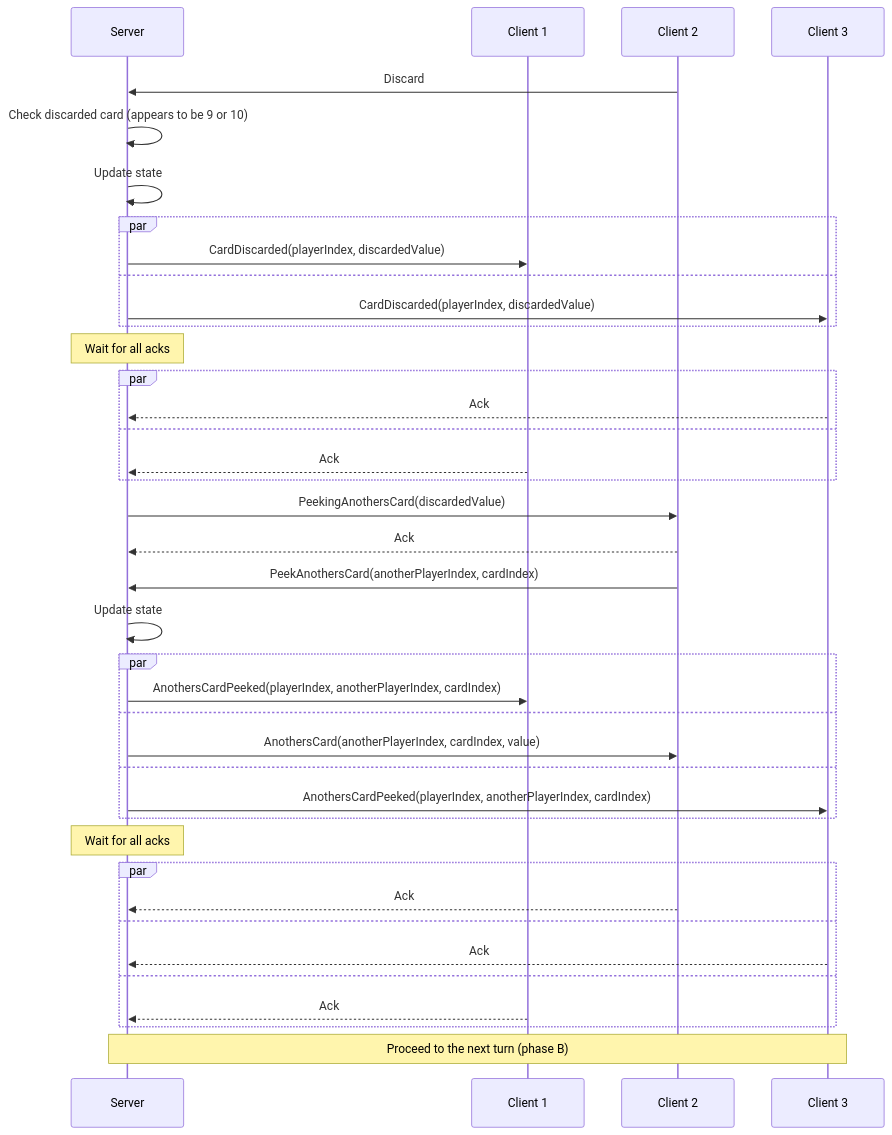
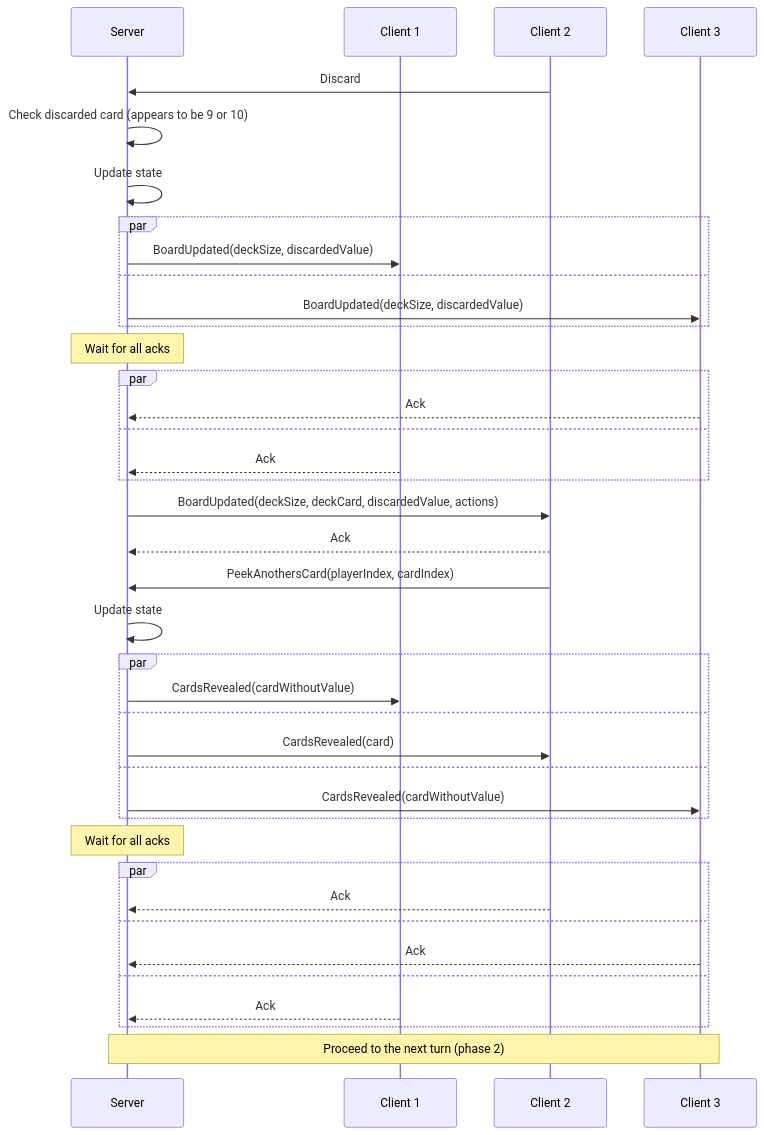
Before and after one commit to roman-zubarevich/another: diagram 12 of 15 in README.md, drawn with Mermaid. The commit also changed other lines of this file, not shown here.

````diff
--- a/README.md
+++ b/README.md
@@ -353,41 +362,41 @@
 ```mermaid
 sequenceDiagram
     participant S as Server
     participant C1 as Client 1
     participant C2 as Client 2
     participant C3 as Client 3
     C2->>S: Discard
     S->>S: Check discarded card (appears to be 9 or 10)
     S->>S: Update state
     par
-        S->>C1: CardDiscarded(playerIndex, discardedValue)
+        S->>C1: BoardUpdated(deckSize, discardedValue)
     and
-        S->>C3: CardDiscarded(playerIndex, discardedValue)
+        S->>C3: BoardUpdated(deckSize, discardedValue)
     end
     Note over S: Wait for all acks
     par
         C3-->>S: Ack
     and
         C1-->>S: Ack
     end
-    S->>C2: PeekingAnothersCard(discardedValue)
+    S->>C2: BoardUpdated(deckSize, deckCard, discardedValue, actions)
     C2-->>S: Ack
-    C2->>S: PeekAnothersCard(anotherPlayerIndex, cardIndex)
+    C2->>S: PeekAnothersCard(playerIndex, cardIndex)
     S->>S: Update state
     par
-        S->>C1: AnothersCardPeeked(playerIndex, anotherPlayerIndex, cardIndex)
+        S->>C1: CardsRevealed(cardWithoutValue)
     and
-        S->>C2: AnothersCard(anotherPlayerIndex, cardIndex, value)
+        S->>C2: CardsRevealed(card)
     and
-        S->>C3: AnothersCardPeeked(playerIndex, anotherPlayerIndex, cardIndex)
+        S->>C3: CardsRevealed(cardWithoutValue)
     end
     Note over S: Wait for all acks
     par
         C2-->>S: Ack
     and
         C3-->>S: Ack
     and
         C1-->>S: Ack
     end
-    Note over S,C3: Proceed to the next turn (phase B)
+    Note over S,C3: Proceed to the next turn (phase 2)
 ```
````
